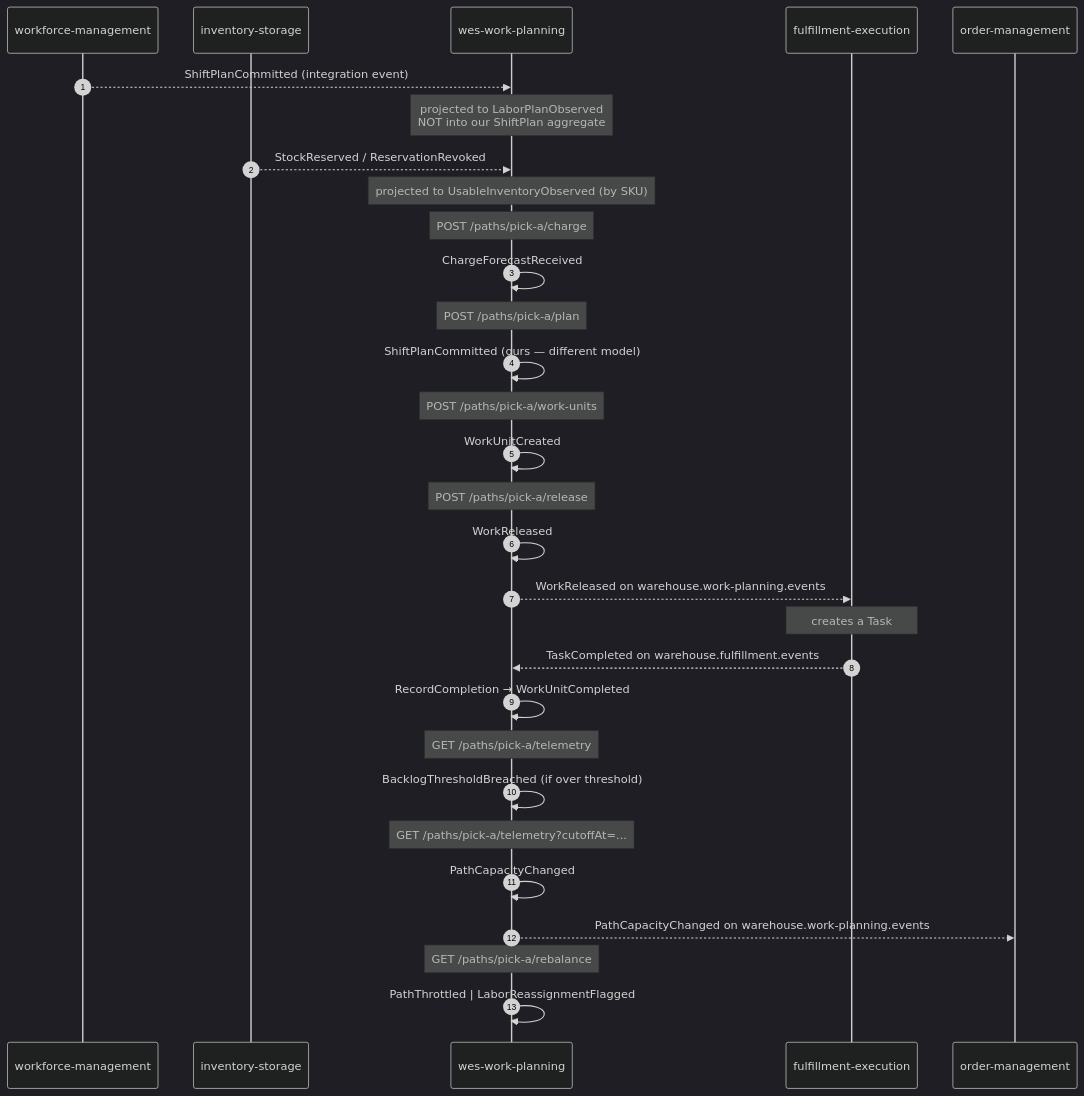
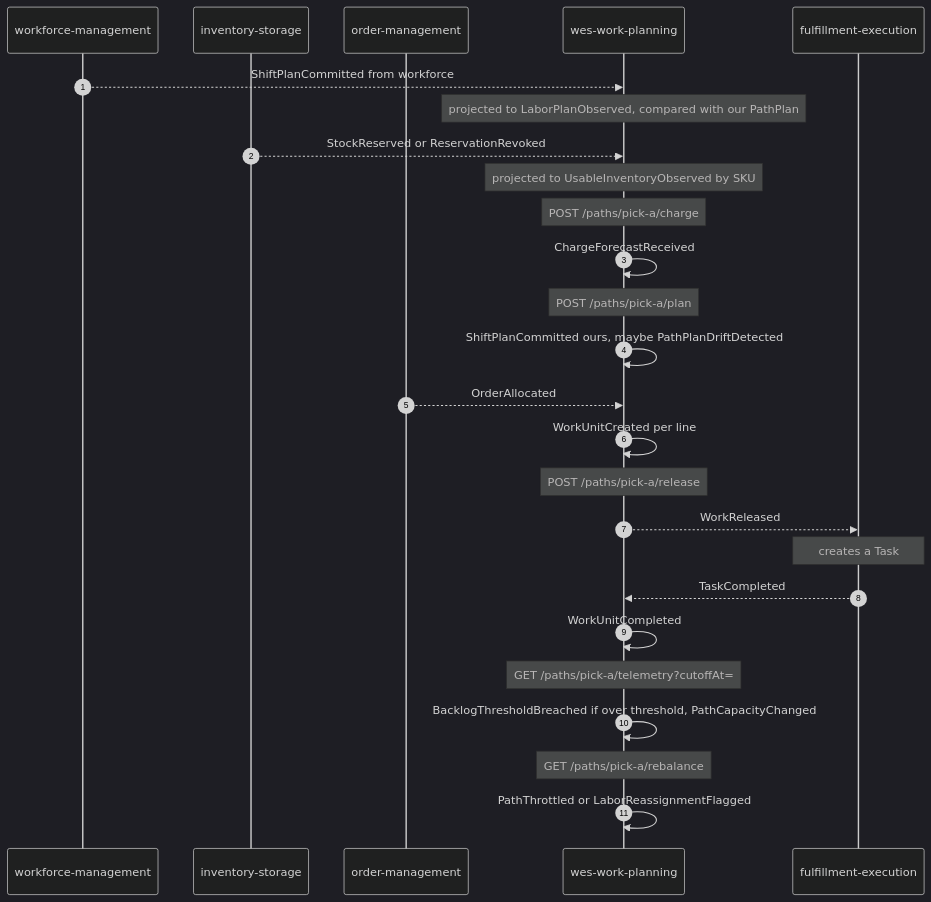
Before and after one commit to IQVO/warehouse-docs: the diagram in docs/contexts/wes-work-planning/domain-events.md, drawn with Mermaid (dark theme). The commit also changed other lines of this file and 717 other files, not shown here.

````diff
--- a/docs/contexts/wes-work-planning/domain-events.md
+++ b/docs/contexts/wes-work-planning/domain-events.md
@@ -83,38 +93,29 @@
 ```mermaid
 sequenceDiagram
     autonumber
     participant WM as workforce-management
     participant INV as inventory-storage
+    participant OM as order-management
     participant WES as wes-work-planning
     participant FE as fulfillment-execution
-    participant OM as order-management
 
-    WM-->>WES: ShiftPlanCommitted (integration event)
-    Note over WES: projected to LaborPlanObserved<br/>NOT into our ShiftPlan aggregate
-
-    INV-->>WES: StockReserved / ReservationRevoked
-    Note over WES: projected to UsableInventoryObserved (by SKU)
-
+    WM-->>WES: ShiftPlanCommitted from workforce
+    Note over WES: projected to LaborPlanObserved, compared with our PathPlan
+    INV-->>WES: StockReserved or ReservationRevoked
+    Note over WES: projected to UsableInventoryObserved by SKU
     Note over WES: POST /paths/pick-a/charge
     WES->>WES: ChargeForecastReceived
     Note over WES: POST /paths/pick-a/plan
-    WES->>WES: ShiftPlanCommitted (ours — different model)
-    Note over WES: POST /paths/pick-a/work-units
-    WES->>WES: WorkUnitCreated
-
+    WES->>WES: ShiftPlanCommitted ours, maybe PathPlanDriftDetected
+    OM-->>WES: OrderAllocated
+    WES->>WES: WorkUnitCreated per line
     Note over WES: POST /paths/pick-a/release
-    WES->>WES: WorkReleased
-    WES-->>FE: WorkReleased on warehouse.work-planning.events
+    WES-->>FE: WorkReleased
     Note over FE: creates a Task
-
-    FE-->>WES: TaskCompleted on warehouse.fulfillment.events
-    WES->>WES: RecordCompletion → WorkUnitCompleted
-
-    Note over WES: GET /paths/pick-a/telemetry
-    WES->>WES: BacklogThresholdBreached (if over threshold)
-    Note over WES: GET /paths/pick-a/telemetry?cutoffAt=...
-    WES->>WES: PathCapacityChanged
-    WES-->>OM: PathCapacityChanged on warehouse.work-planning.events
+    FE-->>WES: TaskCompleted
+    WES->>WES: WorkUnitCompleted
+    Note over WES: GET /paths/pick-a/telemetry?cutoffAt=
+    WES->>WES: BacklogThresholdBreached if over threshold, PathCapacityChanged
     Note over WES: GET /paths/pick-a/rebalance
-    WES->>WES: PathThrottled | LaborReassignmentFlagged
+    WES->>WES: PathThrottled or LaborReassignmentFlagged
 ```
````
